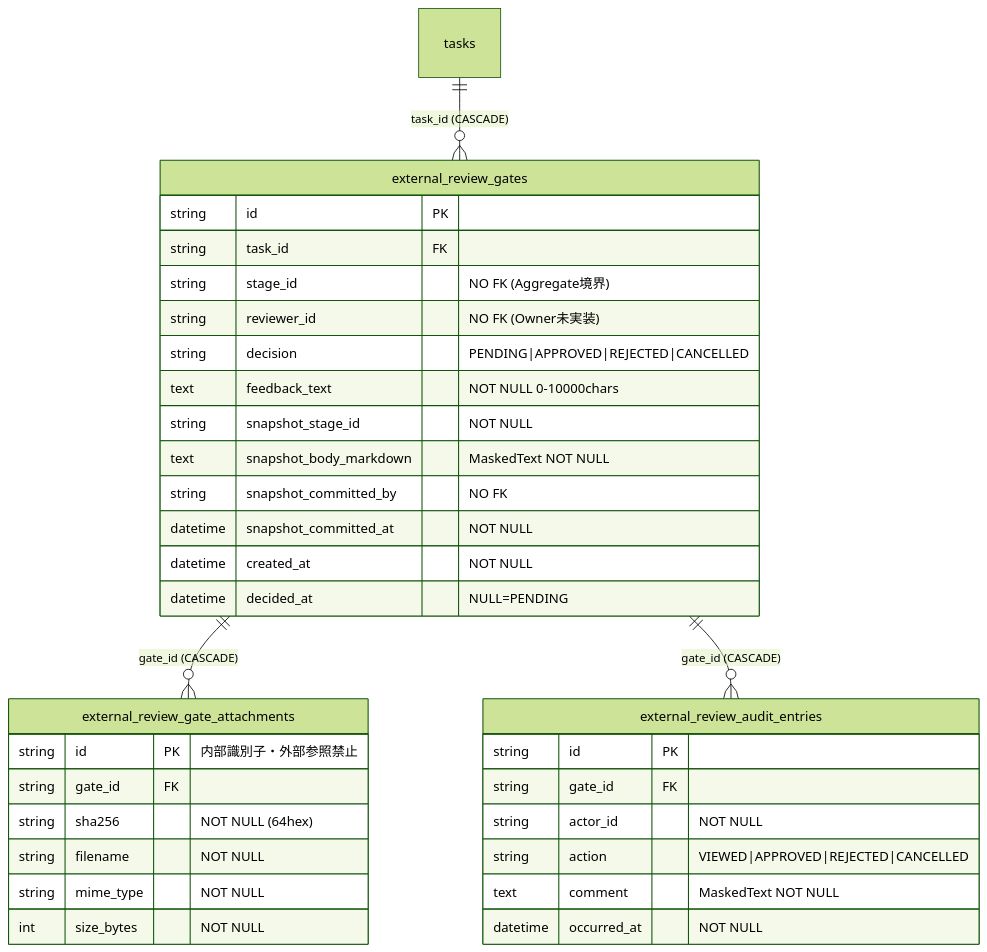
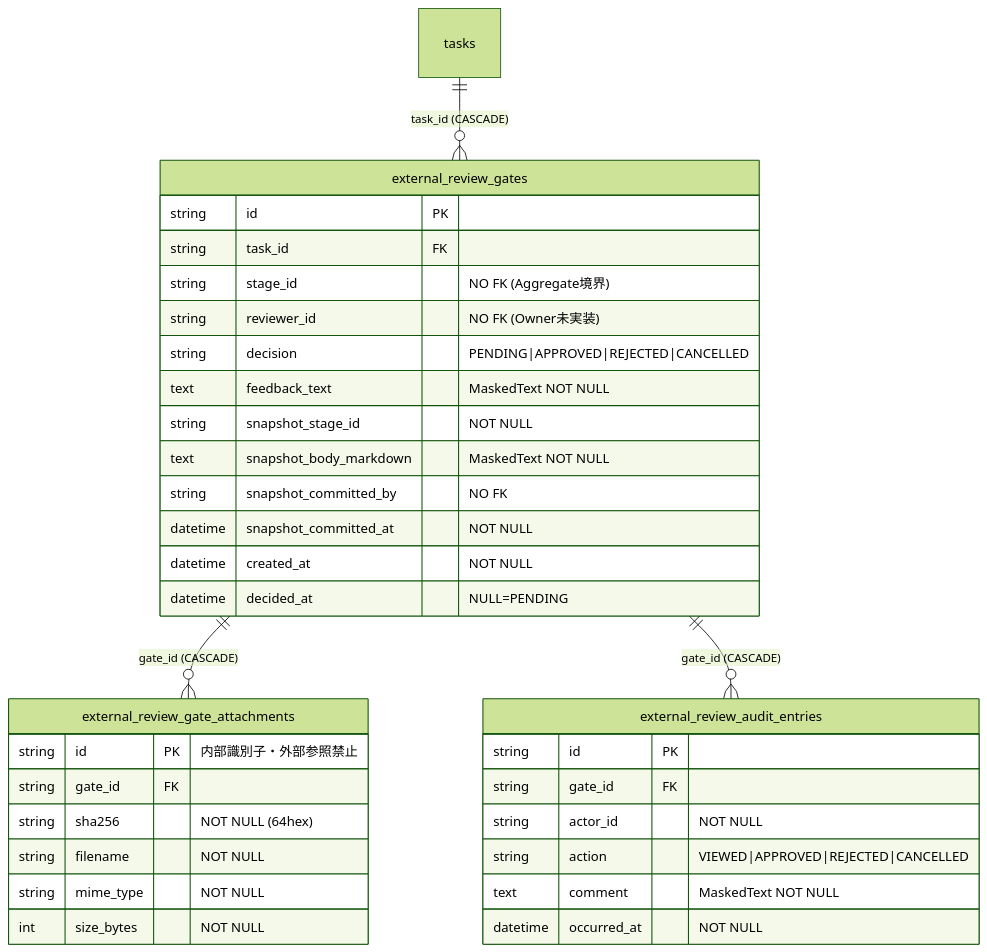
The third of 3 diagrams in docs/features/external-review-gate-repository/basic-design.md (bakufu-dev/bakufu), drawn with Mermaid (forest theme) before and after one commit. The commit also changed other lines of this file and 3 other files, not shown here.

````diff
--- a/docs/features/external-review-gate-repository/basic-design.md
+++ b/docs/features/external-review-gate-repository/basic-design.md
@@ -251,40 +251,40 @@
 ```mermaid
 erDiagram
     tasks ||--o{ external_review_gates : "task_id (CASCADE)"
 
     external_review_gates {
         string id PK
         string task_id FK
         string stage_id "NO FK (Aggregate境界)"
         string reviewer_id "NO FK (Owner未実装)"
         string decision "PENDING|APPROVED|REJECTED|CANCELLED"
-        text feedback_text "NOT NULL 0-10000chars"
+        text feedback_text "MaskedText NOT NULL"
         string snapshot_stage_id "NOT NULL"
         text snapshot_body_markdown "MaskedText NOT NULL"
         string snapshot_committed_by "NO FK"
         datetime snapshot_committed_at "NOT NULL"
         datetime created_at "NOT NULL"
         datetime decided_at "NULL=PENDING"
     }
 
     external_review_gate_attachments {
         string id PK "内部識別子・外部参照禁止"
         string gate_id FK
         string sha256 "NOT NULL (64hex)"
         string filename "NOT NULL"
         string mime_type "NOT NULL"
         int size_bytes "NOT NULL"
     }
 
     external_review_audit_entries {
         string id PK
         string gate_id FK
         string actor_id "NOT NULL"
         string action "VIEWED|APPROVED|REJECTED|CANCELLED"
         text comment "MaskedText NOT NULL"
         datetime occurred_at "NOT NULL"
     }
 
     external_review_gates ||--o{ external_review_gate_attachments : "gate_id (CASCADE)"
     external_review_gates ||--o{ external_review_audit_entries : "gate_id (CASCADE)"
 ```
````
